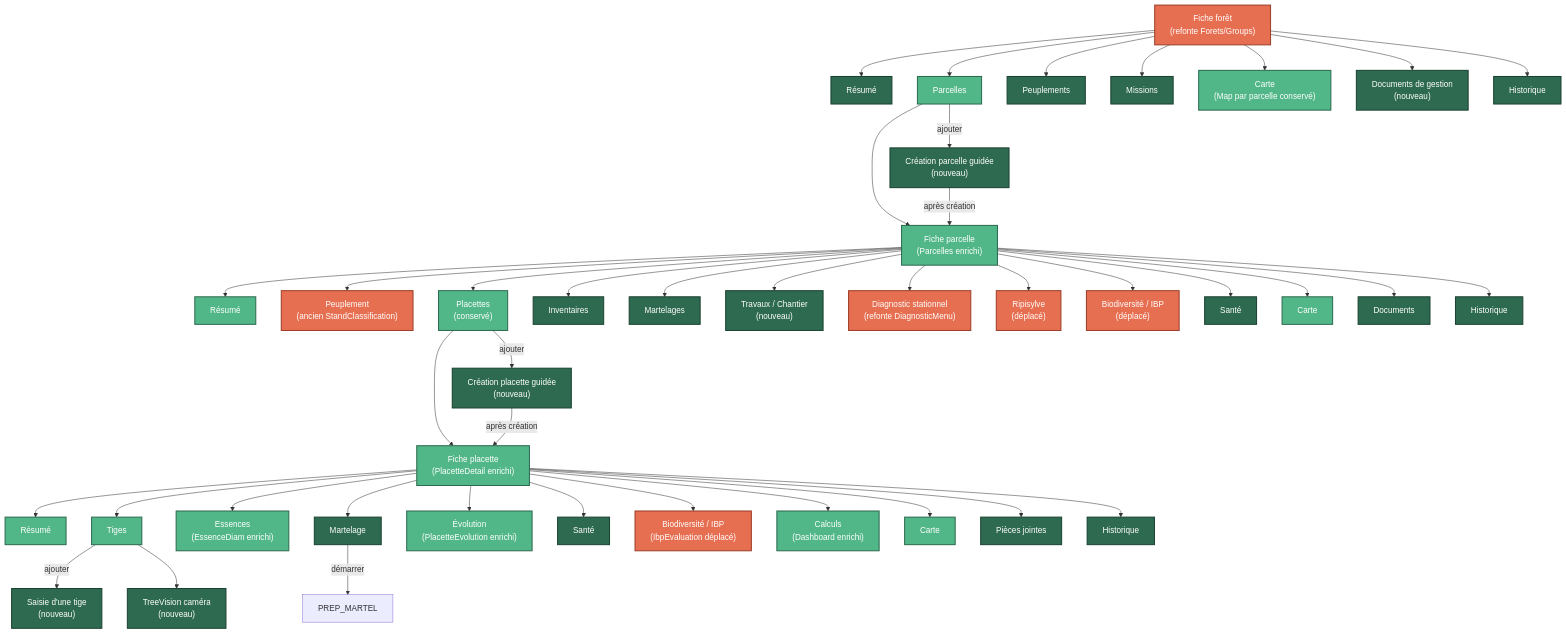
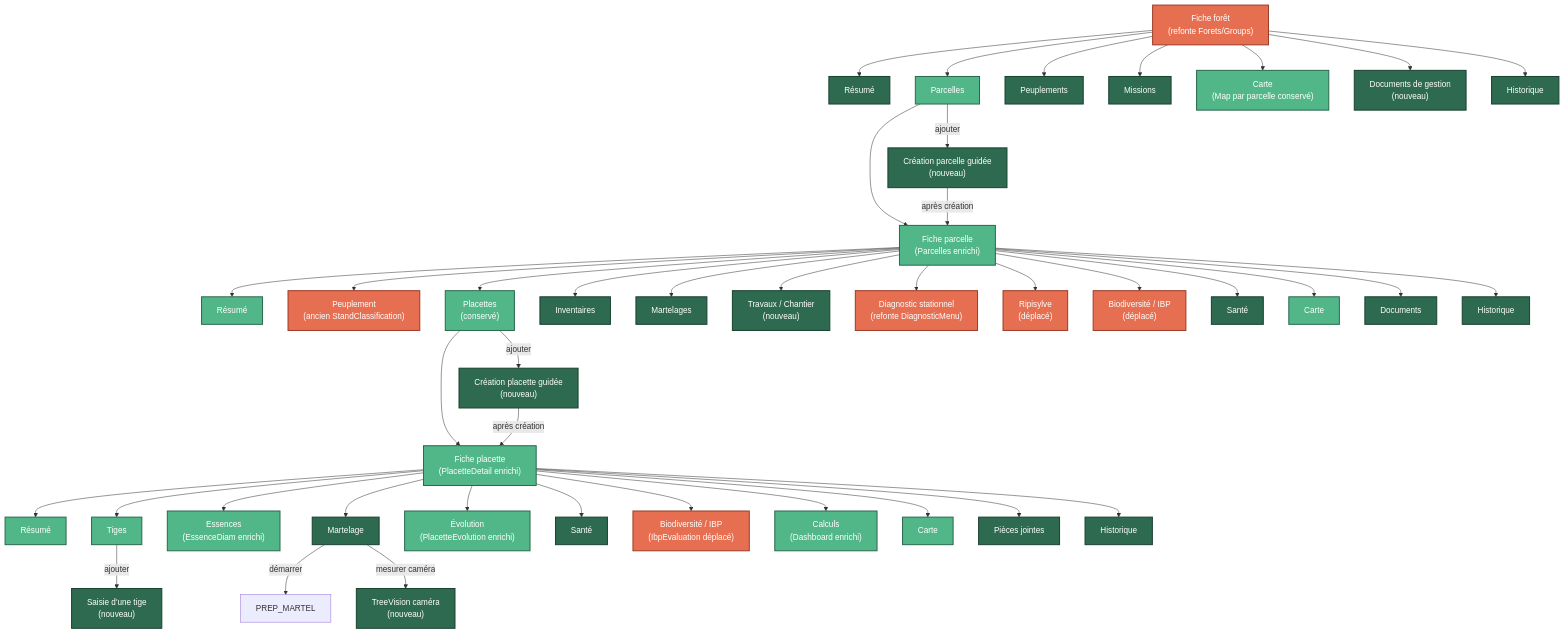
The third of 12 diagrams in docs/UI_NAVIGATION_MAP.md (NeooeN45/GeoSylva-new), drawn with Mermaid before and after one commit. The commit also changed other lines of this file and 2 other files, not shown here.

First line of the commit message:
fix(ui): TreeVision déplacé de Tiges vers Martelage

````diff
--- a/docs/UI_NAVIGATION_MAP.md
+++ b/docs/UI_NAVIGATION_MAP.md
@@ -92,56 +92,56 @@
 ```mermaid
 flowchart TD
     FICHE_FORET["Fiche forêt<br/>(refonte Forets/Groups)"]:::transformed
 
     FICHE_FORET --> F_RESUME["Résumé"]:::new
     FICHE_FORET --> F_PARCELLES["Parcelles"]:::kept
     FICHE_FORET --> F_PEUPlements["Peuplements"]:::new
     FICHE_FORET --> F_MISSIONS["Missions"]:::new
     FICHE_FORET --> F_CARTE["Carte<br/>(Map par parcelle conservé)"]:::kept
     FICHE_FORET --> F_DOCS["Documents de gestion<br/>(nouveau)"]:::new
     FICHE_FORET --> F_HIST["Historique"]:::new
 
     F_PARCELLES -->|ajouter| CREATE_PARCELLE["Création parcelle guidée<br/>(nouveau)"]:::new
     F_PARCELLES --> FICHE_PARCELLE
 
     CREATE_PARCELLE -->|après création| FICHE_PARCELLE["Fiche parcelle<br/>(Parcelles enrichi)"]:::kept
 
     FICHE_PARCELLE --> PA_RESUME["Résumé"]:::kept
     FICHE_PARCELLE --> PA_PEUP["Peuplement<br/>(ancien StandClassification)"]:::transformed
     FICHE_PARCELLE --> PA_PLACETTES["Placettes<br/>(conservé)"]:::kept
     FICHE_PARCELLE --> PA_INVENT["Inventaires"]:::new
     FICHE_PARCELLE --> PA_MARTEL["Martelages"]:::new
     FICHE_PARCELLE --> PA_TRAVAUX["Travaux / Chantier<br/>(nouveau)"]:::new
     FICHE_PARCELLE --> PA_DIAG["Diagnostic stationnel<br/>(refonte DiagnosticMenu)"]:::transformed
     FICHE_PARCELLE --> PA_RIP["Ripisylve<br/>(déplacé)"]:::transformed
     FICHE_PARCELLE --> PA_IBP["Biodiversité / IBP<br/>(déplacé)"]:::transformed
     FICHE_PARCELLE --> PA_SANTE["Santé"]:::new
     FICHE_PARCELLE --> PA_CARTE["Carte"]:::kept
     FICHE_PARCELLE --> PA_DOCS["Documents"]:::new
     FICHE_PARCELLE --> PA_HIST["Historique"]:::new
 
     PA_PLACETTES -->|ajouter| CREATE_PLACETTE["Création placette guidée<br/>(nouveau)"]:::new
     PA_PLACETTES --> FICHE_PLACETTE
 
     CREATE_PLACETTE -->|après création| FICHE_PLACETTE["Fiche placette<br/>(PlacetteDetail enrichi)"]:::kept
 
     FICHE_PLACETTE --> PL_RESUME["Résumé"]:::kept
     FICHE_PLACETTE --> PL_TIGES["Tiges"]:::kept
     FICHE_PLACETTE --> PL_ESSENCES["Essences<br/>(EssenceDiam enrichi)"]:::kept
     FICHE_PLACETTE --> PL_MARTEL["Martelage"]:::new
     FICHE_PLACETTE --> PL_EVOL["Évolution<br/>(PlacetteEvolution enrichi)"]:::kept
     FICHE_PLACETTE --> PL_SANTE["Santé"]:::new
     FICHE_PLACETTE --> PL_BIO["Biodiversité / IBP<br/>(IbpEvaluation déplacé)"]:::transformed
     FICHE_PLACETTE --> PL_CALCULS["Calculs<br/>(Dashboard enrichi)"]:::kept
     FICHE_PLACETTE --> PL_CARTE["Carte"]:::kept
     FICHE_PLACETTE --> PL_PJ["Pièces jointes"]:::new
     FICHE_PLACETTE --> PL_HIST["Historique"]:::new
 
     PL_TIGES -->|ajouter| SAISIE_TIGE["Saisie d'une tige<br/>(nouveau)"]:::new
-    PL_TIGES --> TREEVISION["TreeVision caméra<br/>(nouveau)"]:::new
     PL_MARTEL -->|démarrer| PREP_MARTEL
+    PL_MARTEL -->|mesurer caméra| TREEVISION["TreeVision caméra<br/>(nouveau)"]:::new
 
     classDef new fill:#2d6a4f,color:#fff,stroke:#1b4332,stroke-width:2px
     classDef kept fill:#52b788,color:#fff,stroke:#2d6a4f,stroke-width:2px
     classDef transformed fill:#e76f51,color:#fff,stroke:#9c3d28,stroke-width:2px
 ```
````
